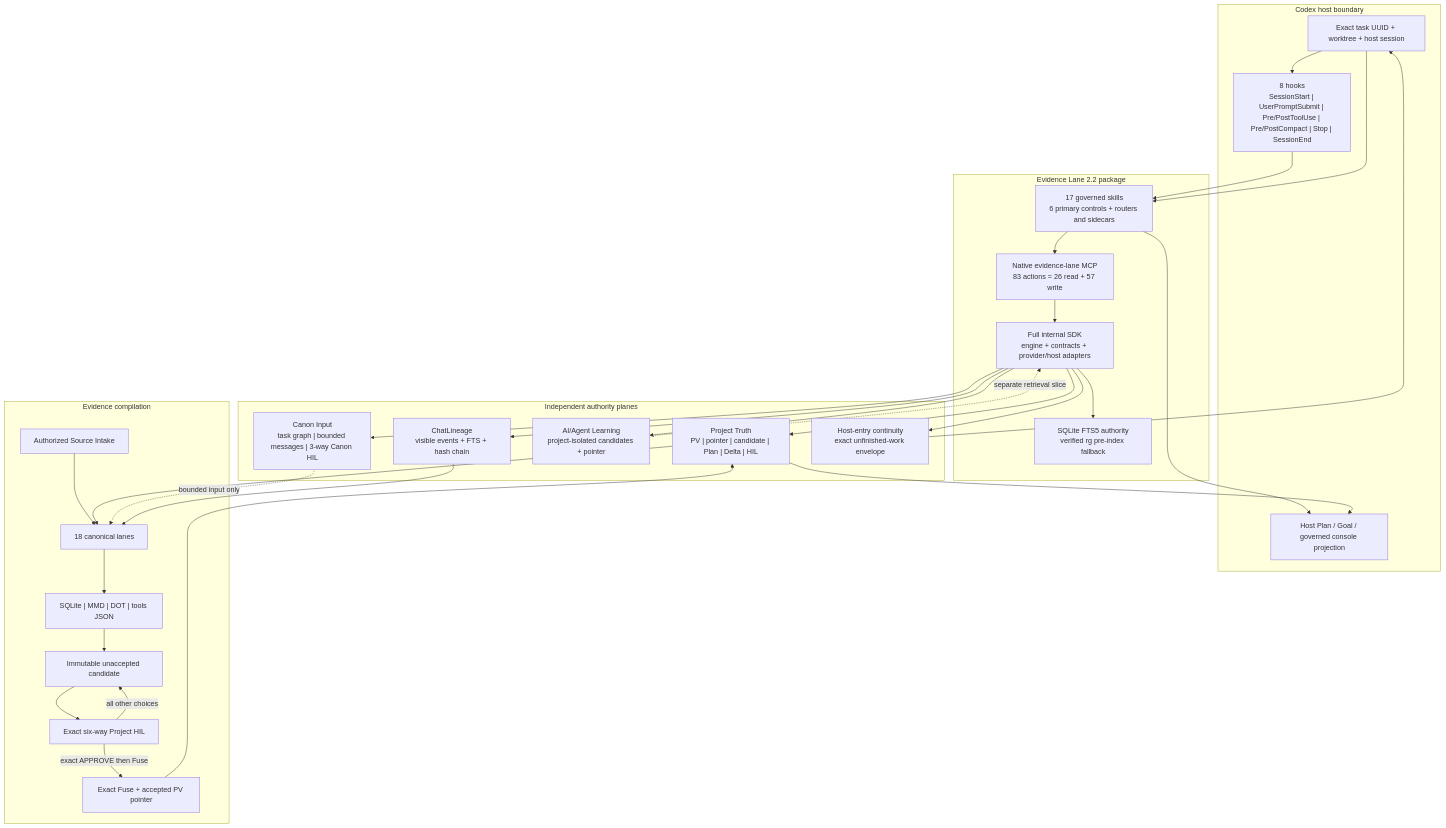
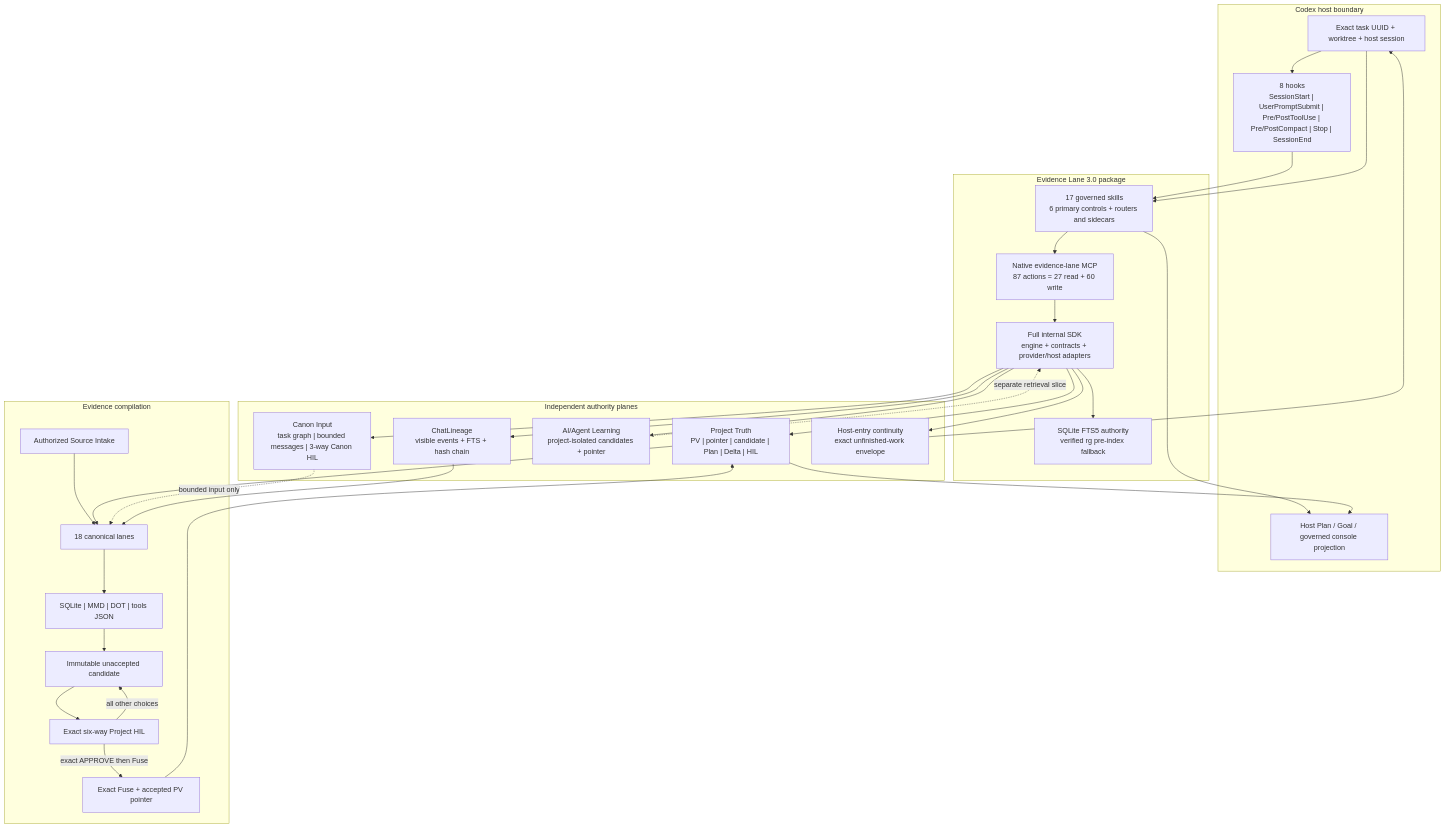
Before and after one commit to rathee000001/evidence_lane_plugin: the diagram in ARCHITECTURE.md, drawn with Mermaid. The commit also changed other lines of this file and 139 other files, not shown here.

Commit message:
feat: deliver Evidence Lane v3.0 systemwide refresh

````diff
--- a/ARCHITECTURE.md
+++ b/ARCHITECTURE.md
@@ -178,52 +178,52 @@
 ```mermaid
 flowchart TB
     subgraph Host["Codex host boundary"]
       Task["Exact task UUID + worktree + host session"]
       Hooks["8 hooks\nSessionStart | UserPromptSubmit | Pre/PostToolUse | Pre/PostCompact | Stop | SessionEnd"]
       PlanUI["Host Plan / Goal / governed console projection"]
     end
 
-    subgraph Plugin["Evidence Lane 2.2 package"]
+    subgraph Plugin["Evidence Lane 3.0 package"]
       Skills["17 governed skills\n6 primary controls + routers and sidecars"]
-      MCP["Native evidence-lane MCP\n83 actions = 26 read + 57 write"]
+      MCP["Native evidence-lane MCP\n87 actions = 27 read + 60 write"]
       SDK["Full internal SDK\nengine + contracts + provider/host adapters"]
       Search["SQLite FTS5 authority\nverified rg pre-index fallback"]
     end
 
     subgraph Authorities["Independent authority planes"]
       PT["Project Truth\nPV | pointer | candidate | Plan | Delta | HIL"]
       Canon["Canon Input\ntask graph | bounded messages | 3-way Canon HIL"]
       Learn["AI/Agent Learning\nproject-isolated candidates + pointer"]
       Lineage["ChatLineage\nvisible events + FTS + hash chain"]
       Entry["Host-entry continuity\nexact unfinished-work envelope"]
     end
 
     subgraph Evidence["Evidence compilation"]
       Intake["Authorized Source Intake"]
       Lanes["18 canonical lanes"]
       Four["SQLite | MMD | DOT | tools JSON"]
       Candidate["Immutable unaccepted candidate"]
       PHIL["Exact six-way Project HIL"]
       Accepted["Exact Fuse + accepted PV pointer"]
     end
 
     Task --> Hooks --> Skills
     Task --> Skills
     Skills --> MCP --> SDK
     SDK --> Search
     SDK --> PT
     SDK --> Canon
     SDK --> Learn
     SDK --> Lineage
     SDK --> Entry
     Skills --> PlanUI
     PT --> PlanUI
     Intake --> Lanes --> Four --> Candidate --> PHIL
     PT --> Lanes
     Canon -. "bounded input only" .-> Lanes
     Learn -. "separate retrieval slice" .-> SDK
     Lineage --> Lanes
     Entry --> Task
     PHIL -->|"exact APPROVE then Fuse"| Accepted --> PT
     PHIL -->|"all other choices"| Candidate
 ```
````
